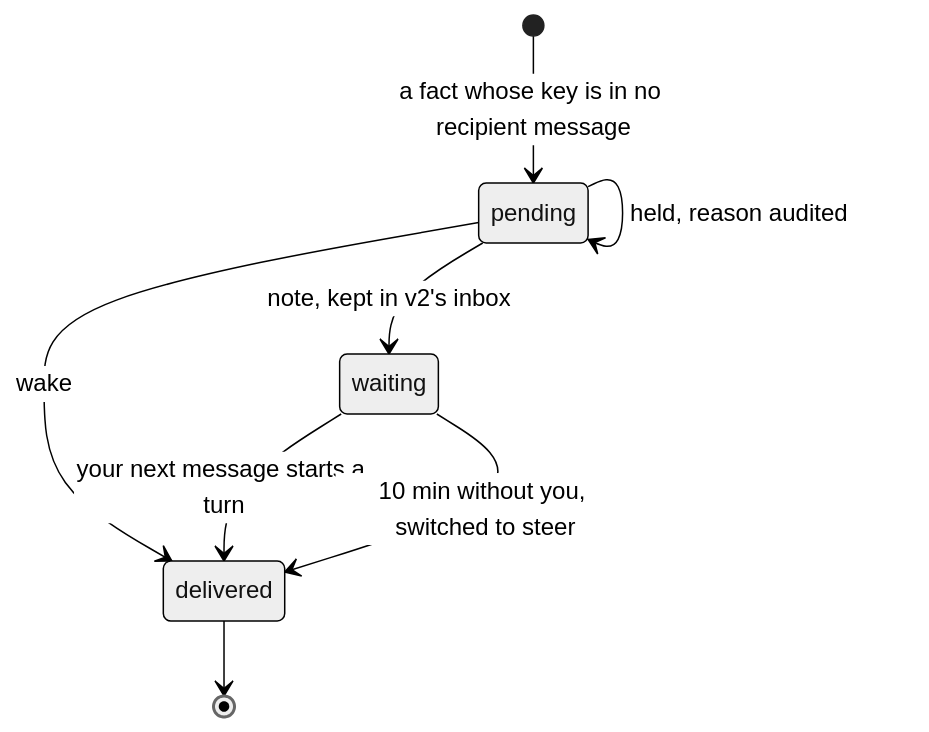
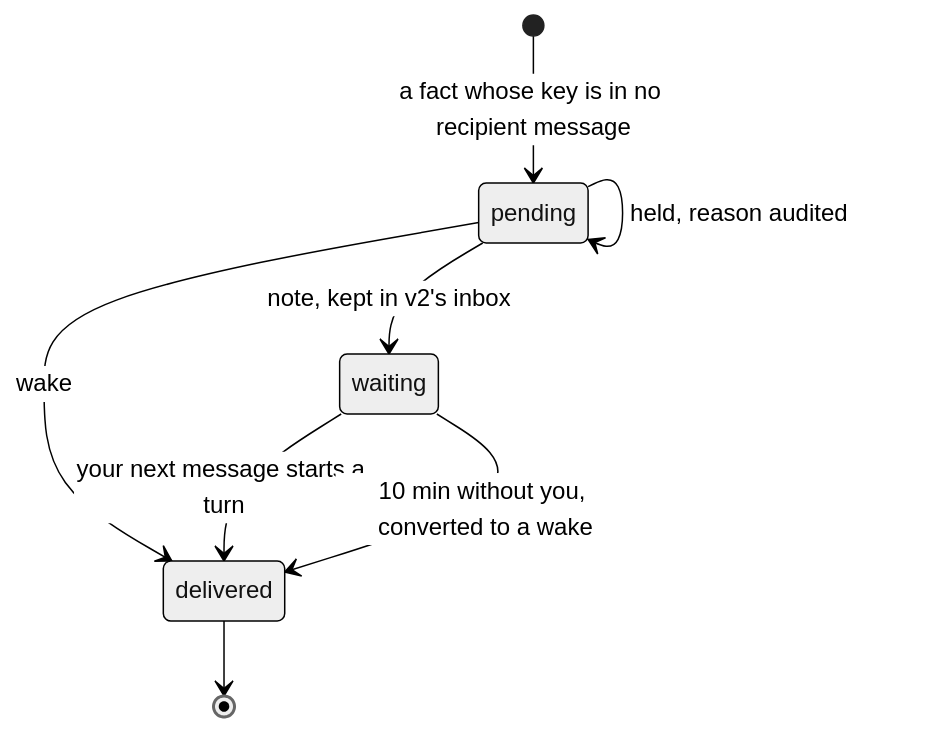
Before and after one commit to adamkaplan/fleet-kit: diagram 13 of 16 in docs/switchboard.md, drawn with Mermaid (neutral theme). The commit also changed other lines of this file, not shown here.

Commit message:
docs: switchboard: spike results S1-S7; notes use steer

````diff
--- a/docs/switchboard.md
+++ b/docs/switchboard.md
@@ -894,10 +901,10 @@
 ```mermaid
 stateDiagram-v2
   [*] --> pending: a fact whose key is in no recipient message
   pending --> pending: held, reason audited
   pending --> waiting: note, kept in v2's inbox
   pending --> delivered: wake
   waiting --> delivered: your next message starts a turn
-  waiting --> delivered: 10 min without you, switched to steer
+  waiting --> delivered: 10 min without you, converted to a wake
   delivered --> [*]
 ```
````
